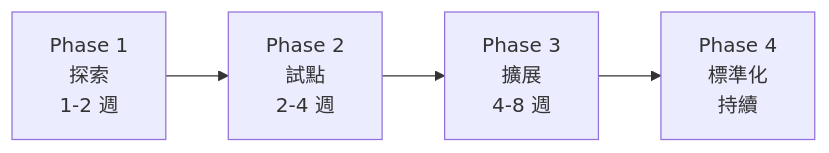
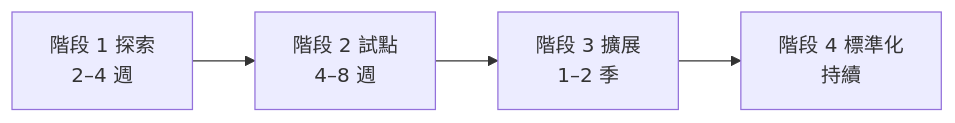
The eighth of 9 diagrams in content/posts/教學/AI開發/Claude Code SSDLC（AI軟體開發生命週期）教學手冊.md (chihhung/Blog), drawn with Mermaid before and after one commit. The commit also changed other lines of this file and 5 other files, not shown here.

````diff
--- a/content/posts/教學/AI開發/Claude Code SSDLC（AI軟體開發生命週期）教學手冊.md
+++ b/content/posts/教學/AI開發/Claude Code SSDLC（AI軟體開發生命週期）教學手冊.md
@@ -2896,6 +4703,6 @@
 ```mermaid
-graph LR
-    A[Phase 1<br/>探索<br/>1-2 週] --> B[Phase 2<br/>試點<br/>2-4 週]
-    B --> C[Phase 3<br/>擴展<br/>4-8 週]
-    C --> D[Phase 4<br/>標準化<br/>持續]
+flowchart LR
+    P1["階段 1 探索<br/>2–4 週"] --> P2["階段 2 試點<br/>4–8 週"]
+    P2 --> P3["階段 3 擴展<br/>1–2 季"]
+    P3 --> P4["階段 4 標準化<br/>持續"]
 ```
````
